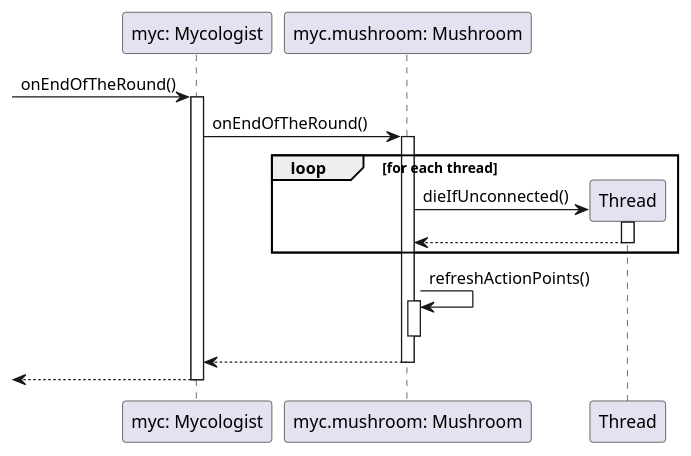
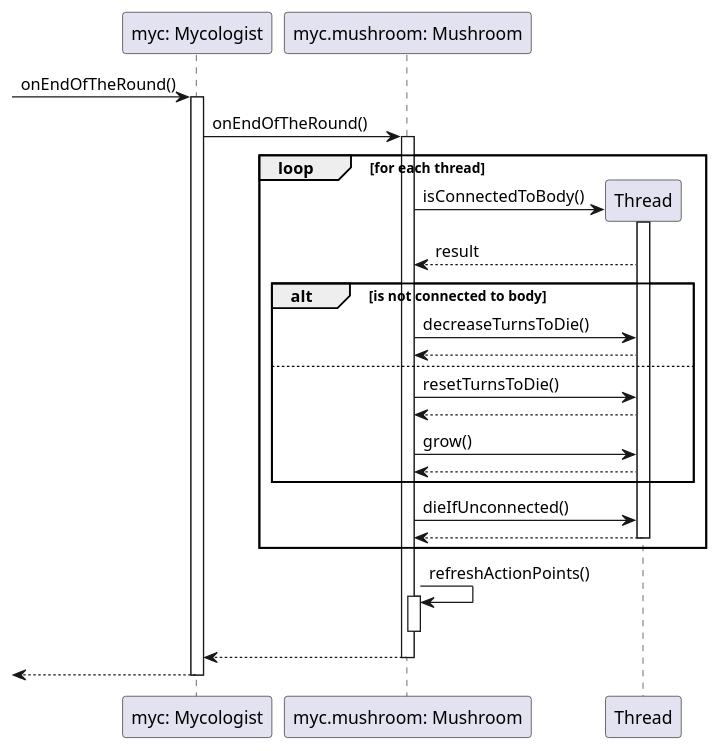
Before and after one commit to dzsem/projlab: the diagram in diagrams/sequence/mycologist/onEndOfTheRound.plantuml, drawn with PlantUML.

Commit message:
mycologist onEndOfTheRound additions

```diff
--- a/diagrams/sequence/mycologist/onEndOfTheRound.plantuml
+++ b/diagrams/sequence/mycologist/onEndOfTheRound.plantuml
@@ -1,30 +1,44 @@
 @startuml Mycologist.onEndOfTheRound
 
 participant "myc: Mycologist" as myc
 participant "myc.mushroom: Mushroom" as m
 
 -> myc: onEndOfTheRound()
 activate myc
 
 myc -> m: onEndOfTheRound()
 activate m
 
 loop for each thread
 	create participant Thread
+	m -> Thread: isConnectedToBody()
+	activate Thread
+	m <-- Thread: result
+
+	alt is not connected to body
+		m -> Thread: decreaseTurnsToDie()
+		m <-- Thread
+	else
+		m -> Thread: resetTurnsToDie()
+		m <-- Thread
+
+		m -> Thread: grow()
+		m <-- Thread
+	end
+
 	m -> Thread: dieIfUnconnected()
-	activate Thread
 	m <-- Thread
 	deactivate Thread
 end
 
 m -> m: refreshActionPoints()
 activate m
 deactivate m
 
 myc <-- m
 deactivate m
 
 <-- myc
 deactivate myc
 
 @enduml
```
